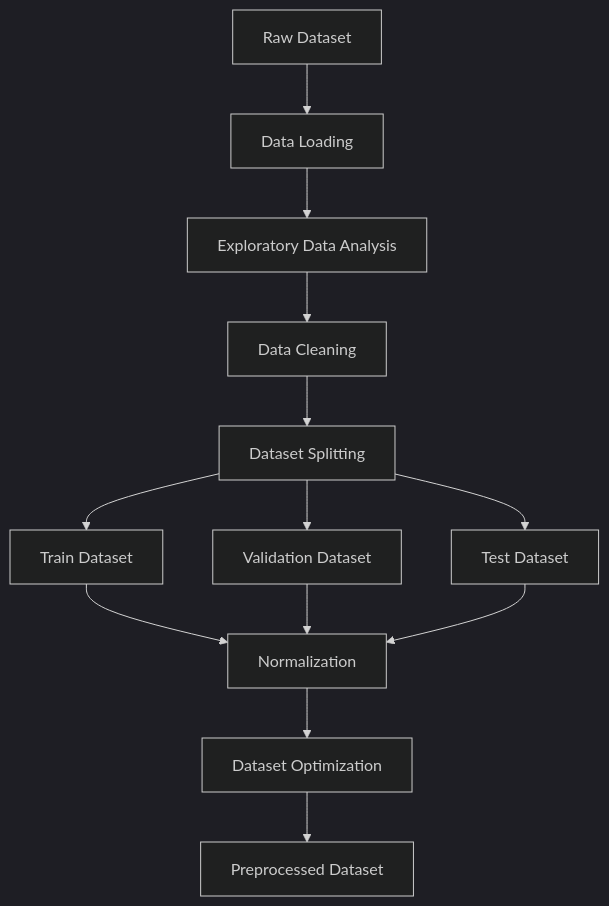
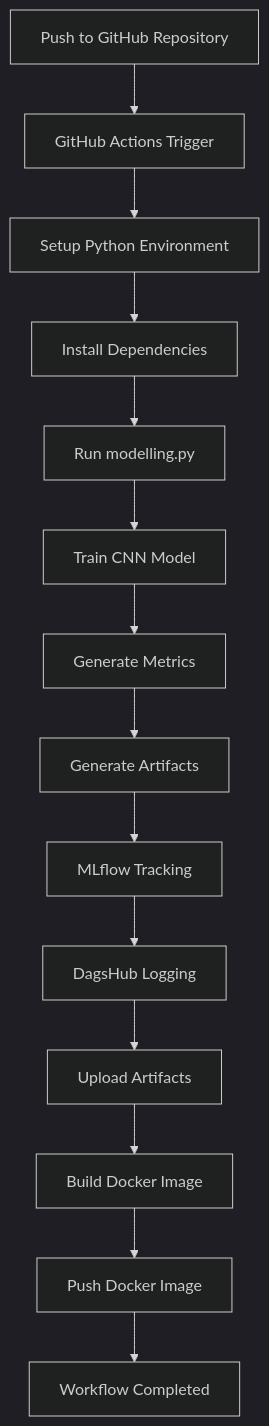
One commit to muharifandi/Workflow-CI changed the first of 4 diagrams in README.md. Above: the diagram before and after it, drawn with Mermaid (dark theme). The commit also changed other lines of this file and 1 other file, not shown here.

````diff
--- a/README.md
+++ b/README.md
@@ -95,27 +86,31 @@
 ```mermaid
 graph TD
 
-A[Raw Dataset] --> B[Data Loading]
+A[Push to GitHub Repository]
 
-B --> C[Exploratory Data Analysis]
+A --> B[GitHub Actions Trigger]
 
-C --> D[Data Cleaning]
+B --> C[Setup Python Environment]
 
-D --> E[Dataset Splitting]
+C --> D[Install Dependencies]
 
-E --> F[Train Dataset]
+D --> E[Run modelling.py]
 
-E --> G[Validation Dataset]
+E --> F[Train CNN Model]
 
-E --> H[Test Dataset]
+F --> G[Generate Metrics]
 
-F --> I[Normalization]
+G --> H[Generate Artifacts]
 
-G --> I
+H --> I[MLflow Tracking]
 
-H --> I
+I --> J[DagsHub Logging]
 
-I --> J[Dataset Optimization]
+J --> K[Upload Artifacts]
 
-J --> K[Preprocessed Dataset]
+K --> L[Build Docker Image]
+
+L --> M[Push Docker Image]
+
+M --> N[Workflow Completed]
 ```
````
